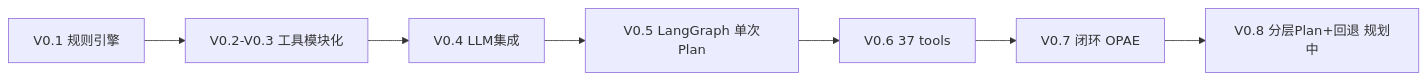
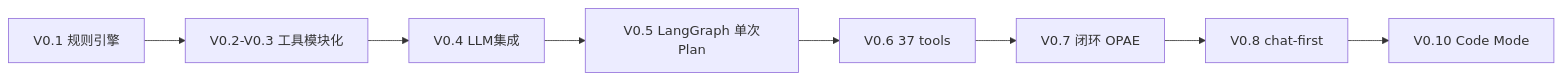
The diagram in docs/architecture/README.md (201002200303/NL-FreeCAD-Agent), drawn with Mermaid before and after one commit. The commit also changed other lines of this file and 48 other files, not shown here.

First line of the commit message:
feat: Code Mode execute_cad_program loop with AST sandbox

````diff
--- a/docs/architecture/README.md
+++ b/docs/architecture/README.md
@@ -56,9 +64,10 @@
 ```mermaid
 graph LR
     V01[V0.1 规则引擎] --> V02[V0.2-V0.3 工具模块化]
     V02 --> V04[V0.4 LLM集成]
     V04 --> V05[V0.5 LangGraph 单次Plan]
     V05 --> V06[V0.6 37 tools]
     V06 --> V07[V0.7 闭环 OPAE]
-    V07 --> V08[V0.8 分层Plan+回退 规划中]
+    V07 --> V08[V0.8 chat-first]
+    V08 --> V10[V0.10 Code Mode]
 ```
````
